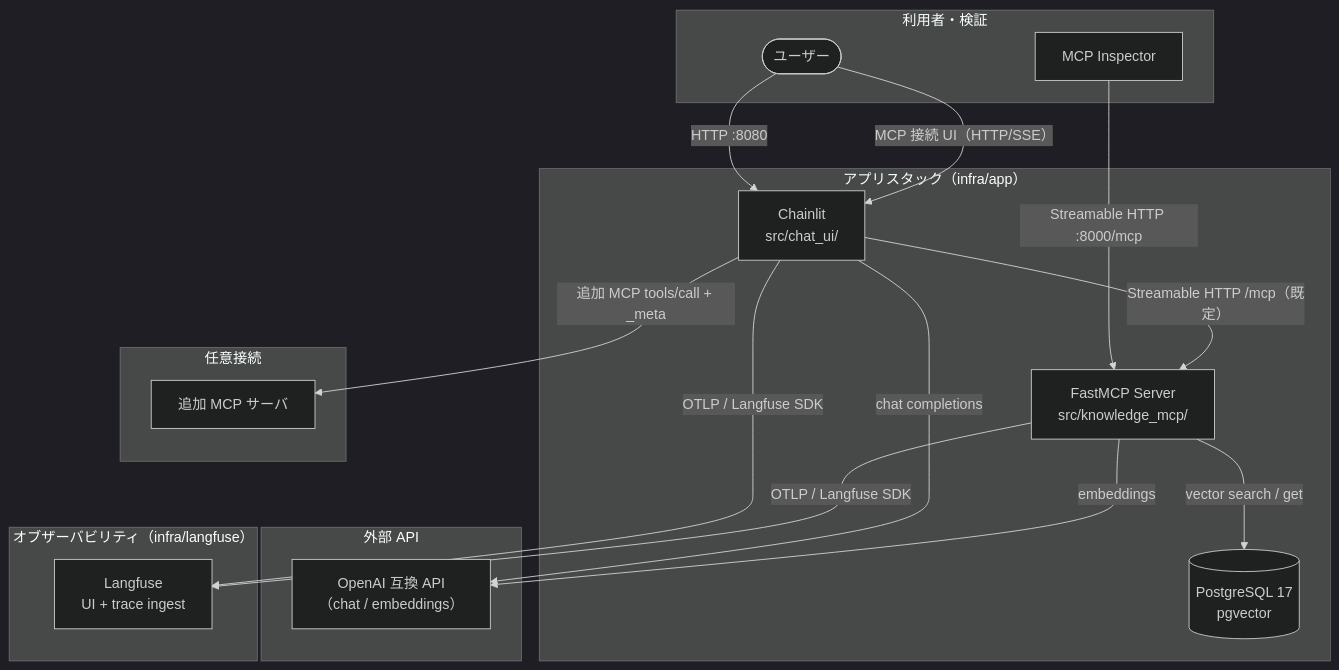
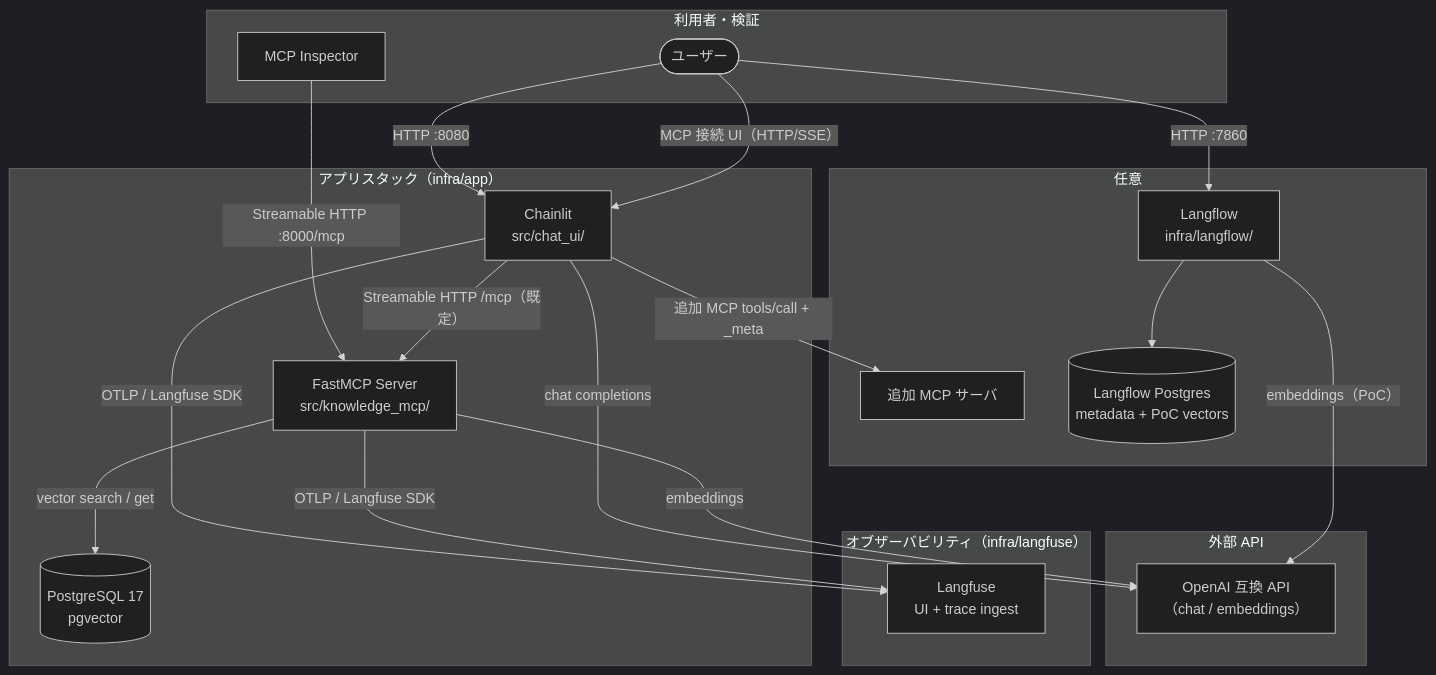
Before and after one commit to s-kodani/template-ai-coding: the first of 2 diagrams in docs/current/architecture.md, drawn with Mermaid (dark theme). The commit also changed other lines of this file and 17 other files, not shown here.

````diff
--- a/docs/current/architecture.md
+++ b/docs/current/architecture.md
@@ -23,36 +24,41 @@
 ```mermaid
 flowchart TB
     subgraph users["利用者・検証"]
         User([ユーザー])
         Inspector[MCP Inspector]
     end
 
     subgraph app["アプリスタック（infra/app）"]
         Chainlit["Chainlit<br/>src/chat_ui/"]
         MCP["FastMCP Server<br/>src/knowledge_mcp/"]
         PG[("PostgreSQL 17<br/>pgvector")]
     end
 
     subgraph external["外部 API"]
         LLM["OpenAI 互換 API<br/>（chat / embeddings）"]
     end
 
     subgraph observability["オブザーバビリティ（infra/langfuse）"]
         Langfuse["Langfuse<br/>UI + trace ingest"]
     end
 
-    subgraph optional["任意接続"]
+    subgraph optional["任意"]
         ExtraMCP[追加 MCP サーバ]
+        Langflow["Langflow<br/>infra/langflow/"]
+        LFPG[("Langflow Postgres<br/>metadata + PoC vectors")]
     end
 
     User -->|HTTP :8080| Chainlit
+    User -->|HTTP :7860| Langflow
+    Langflow --> LFPG
+    Langflow -->|embeddings（PoC）| LLM
     User -->|"MCP 接続 UI（HTTP/SSE）"| Chainlit
     Inspector -->|"Streamable HTTP :8000/mcp"| MCP
     Chainlit -->|"Streamable HTTP /mcp（既定）"| MCP
     Chainlit -->|追加 MCP tools/call + _meta| ExtraMCP
     Chainlit -->|chat completions| LLM
     MCP -->|vector search / get| PG
     MCP -->|embeddings| LLM
     Chainlit -->|OTLP / Langfuse SDK| Langfuse
     MCP -->|OTLP / Langfuse SDK| Langfuse
 ```
````
